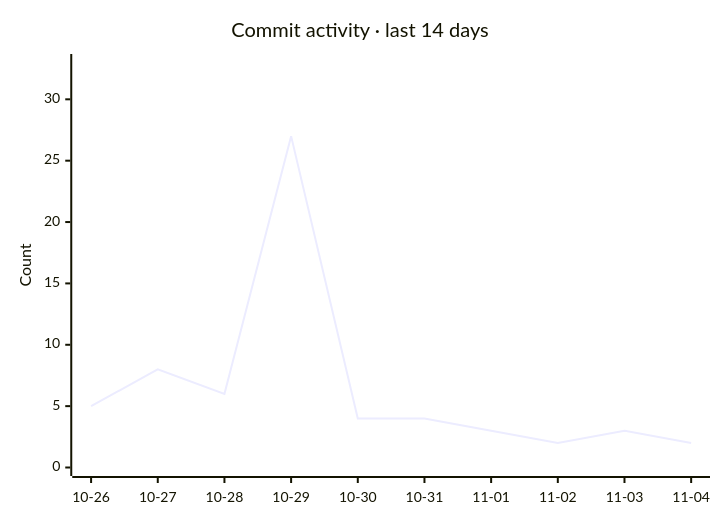
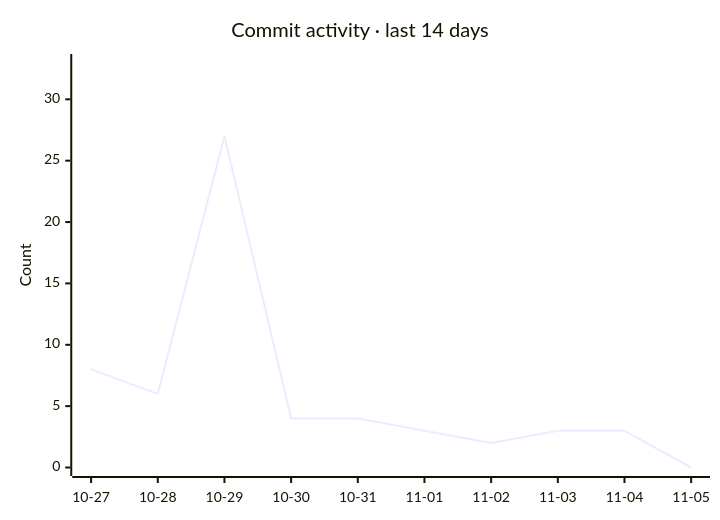
Before and after one commit to razzaqinspires/whiskay-bot: the second of 2 diagrams in README.md, drawn with Mermaid. The commit also changed other lines of this file and 2 other files, not shown here.

Commit message:
chore(metrics): refresh GitHub traffic and update timestamp [skip ci]

````diff
--- a/README.md
+++ b/README.md
@@ -329,7 +329,7 @@
 ```mermaid
 xychart-beta
     title "Commit activity · last 14 days"
-    x-axis ["10-26", "10-27", "10-28", "10-29", "10-30", "10-31", "11-01", "11-02", "11-03", "11-04"]
+    x-axis ["10-27", "10-28", "10-29", "10-30", "10-31", "11-01", "11-02", "11-03", "11-04", "11-05"]
     y-axis "Count" 0 --> 33
-    line [5, 8, 6, 27, 4, 4, 3, 2, 3, 2]
+    line [8, 6, 27, 4, 4, 3, 2, 3, 3, 0]
 ```
````
